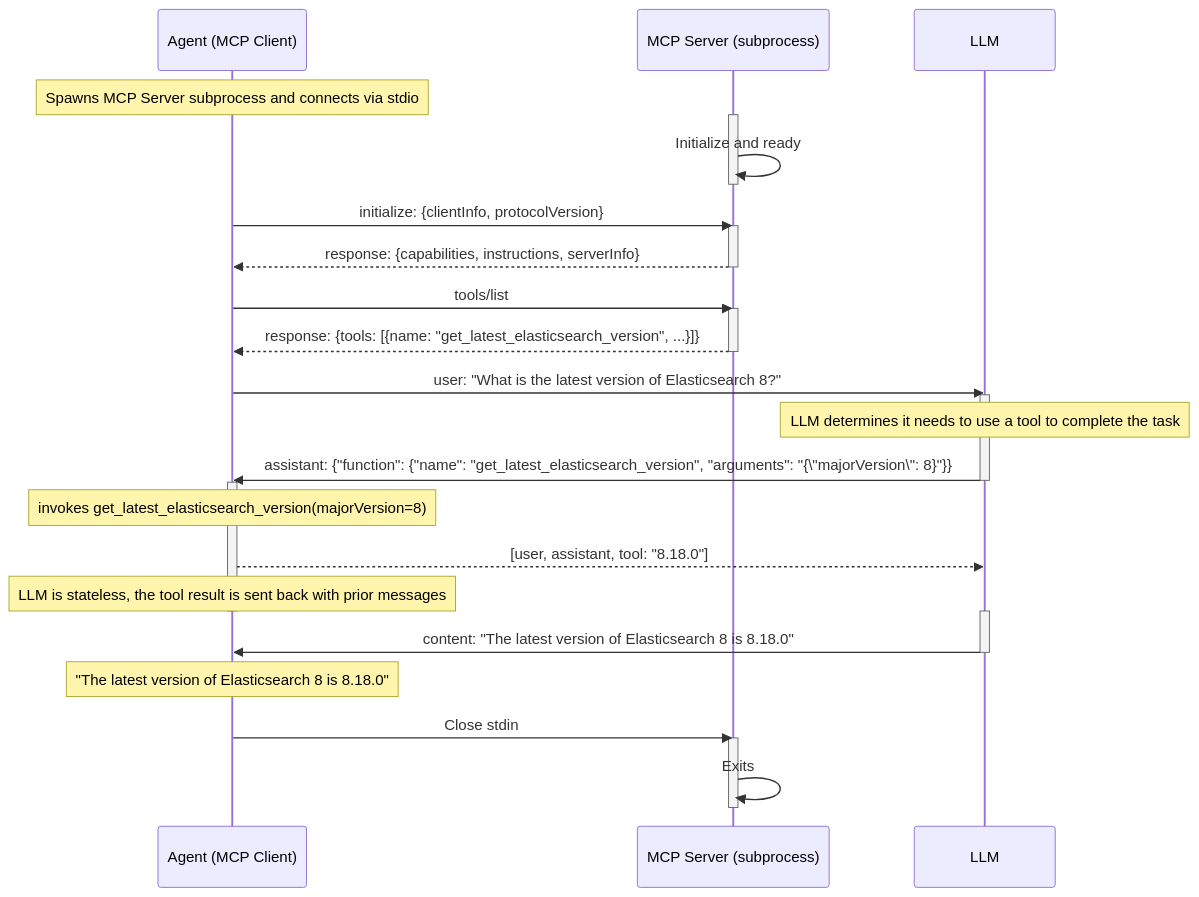
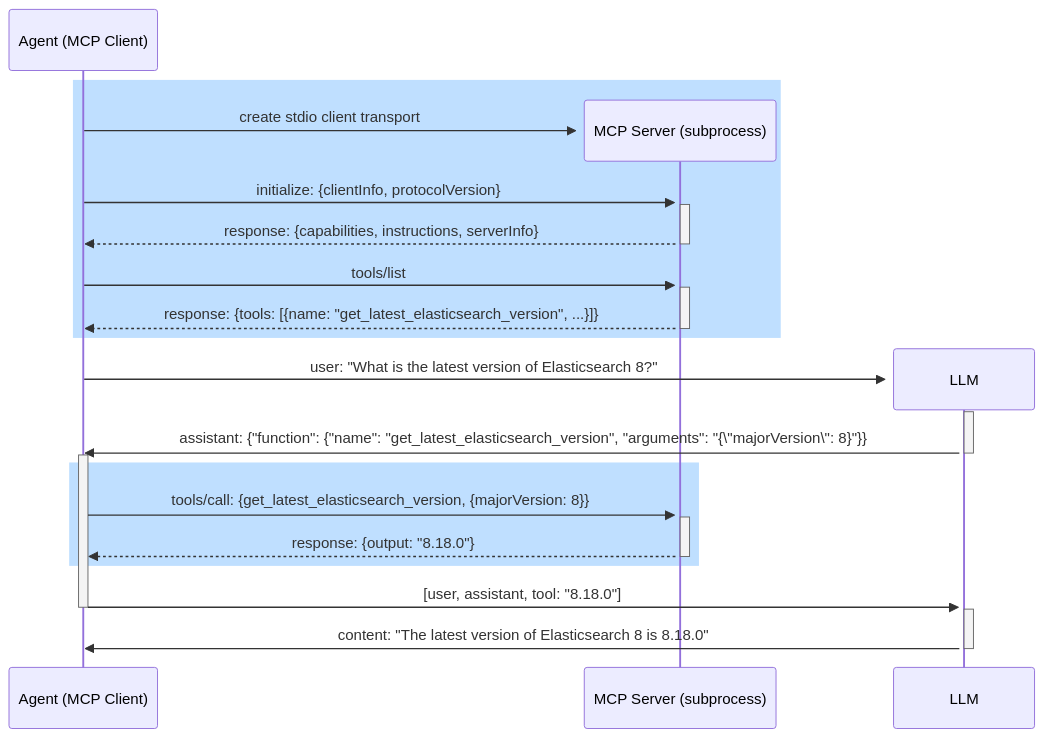
The second of 2 diagrams in genai-function-calling/README.md (elastic/observability-examples), drawn with Mermaid before and after one commit. The commit also changed other lines of this file and 2 other files, not shown here.

First line of the commit message:
genai-function-calling: updated README to cover recent changes in OpenAI and MCP (#70)

````diff
--- a/genai-function-calling/README.md
+++ b/genai-function-calling/README.md
@@ -122,47 +160,33 @@
 ```mermaid
 sequenceDiagram
     participant Agent as Agent (MCP Client)
-    participant MCP as MCP Server (subprocess)
-    participant LLM
 
-    participant Agent
-    participant LLM
+    rect rgb(191, 223, 255)
+    activate LLM
+    create participant MCP as MCP Server (subprocess)
+    Agent->>+MCP: create stdio client transport
+    Agent->>+MCP: initialize: {clientInfo, protocolVersion}
+    MCP-->>-Agent: response: {capabilities, instructions, serverInfo}
+    Agent->>+MCP: tools/list
+    MCP-->>-Agent: response: {tools: [{name: "get_latest_elasticsearch_version", ...}]}
+    end
 
-    Note over Agent: Spawns MCP Server subprocess and connects via stdio
-    activate MCP
-    MCP ->> MCP: Initialize and ready
-    deactivate MCP
+    create participant LLM
 
-    Agent ->> MCP: initialize: {clientInfo, protocolVersion}
-    activate MCP
-    MCP -->> Agent: response: {capabilities, instructions, serverInfo}
-    deactivate MCP
-
-    Agent ->> MCP: tools/list
-    activate MCP
-    MCP -->> Agent: response: {tools: [{name: "get_latest_elasticsearch_version", ...}]}
-    deactivate MCP
-
-    Agent ->> LLM: user: "What is the latest version of Elasticsearch 8?"
+    Agent->>LLM: user: "What is the latest version of Elasticsearch 8?"
     activate LLM
-    Note over LLM: LLM determines it needs to use a tool to complete the task
-
-    LLM ->> Agent: assistant: {"function": {"name": "get_latest_elasticsearch_version", "arguments": "{\"majorVersion\": 8}"}}
+    LLM->>Agent: assistant: {"function": {"name": "get_latest_elasticsearch_version", "arguments": "{\"majorVersion\": 8}"}}
     deactivate LLM
     activate Agent
-    Note over Agent: invokes get_latest_elasticsearch_version(majorVersion=8)
 
-    Agent -->> LLM: [user, assistant, tool: "8.18.0"]
-    Note over Agent: LLM is stateless, the tool result is sent back with prior messages
+    rect rgb(191, 223, 255)
+    Agent->>+MCP: tools/call: {get_latest_elasticsearch_version, {majorVersion: 8}}
+    MCP-->>-Agent: response: {output: "8.18.0"}
+    end
+
+    Agent->>LLM: [user, assistant, tool: "8.18.0"]
     deactivate Agent
     activate LLM
-
-    LLM ->> Agent: content: "The latest version of Elasticsearch 8 is 8.18.0"
+    LLM->>Agent: content: "The latest version of Elasticsearch 8 is 8.18.0"
     deactivate LLM
-    Note over Agent: "The latest version of Elasticsearch 8 is 8.18.0"
-
-    Agent ->> MCP: Close stdin
-    activate MCP
-    MCP ->> MCP: Exits
-    deactivate MCP
 ```
````
